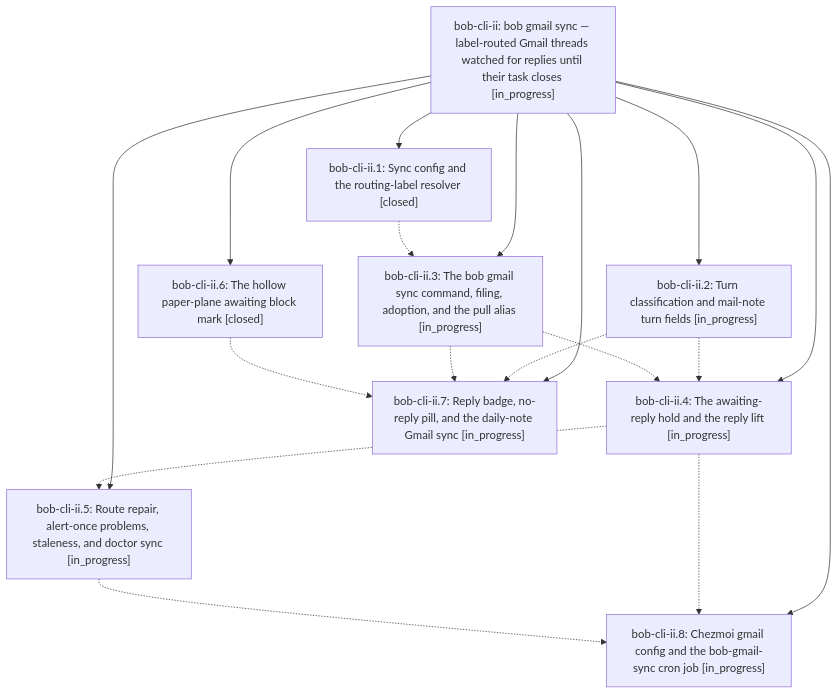
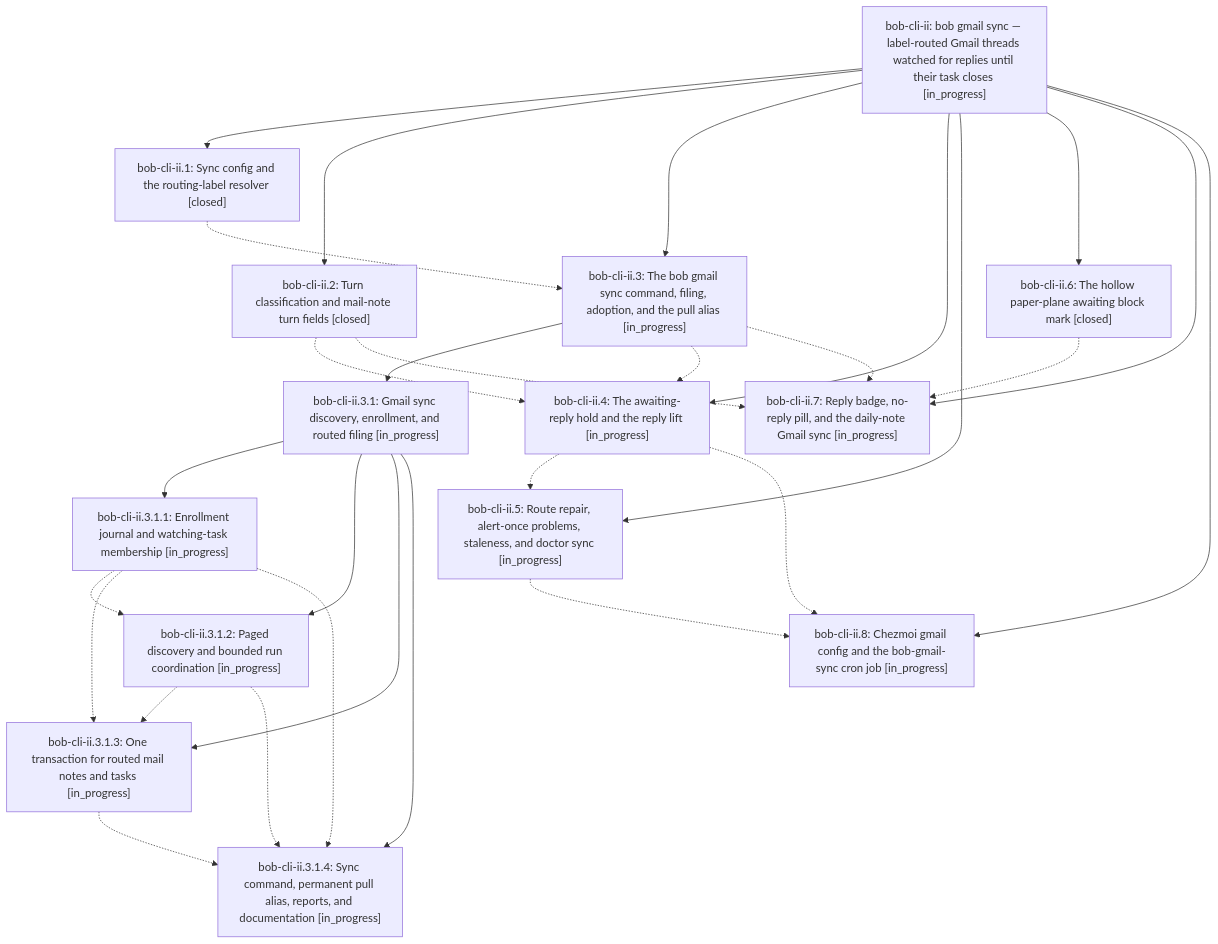
Before and after one commit to bobs-org/bob-cli--beads: the diagram in pages/bob-cli-ii/README.md, drawn with Mermaid. The commit also changed other lines of this file and 10 other files, not shown here.

First line of the commit message:
chore(beads): sync bead state and pages for bob-cli-ii

````diff
--- a/pages/bob-cli-ii/README.md
+++ b/pages/bob-cli-ii/README.md
@@ -43,29 +43,45 @@
 ```mermaid
 flowchart TD
     n0["bob-cli-ii: bob gmail sync — label-routed Gmail threads watched for replies until their task closes [in_progress]"]
     n1["bob-cli-ii.1: Sync config and the routing-label resolver [closed]"]
-    n2["bob-cli-ii.2: Turn classification and mail-note turn fields [in_progress]"]
+    n2["bob-cli-ii.2: Turn classification and mail-note turn fields [closed]"]
     n3["bob-cli-ii.3: The bob gmail sync command, filing, adoption, and the pull alias [in_progress]"]
-    n4["bob-cli-ii.4: The awaiting-reply hold and the reply lift [in_progress]"]
-    n5["bob-cli-ii.5: Route repair, alert-once problems, staleness, and doctor sync [in_progress]"]
-    n6["bob-cli-ii.6: The hollow paper-plane awaiting block mark [closed]"]
-    n7["bob-cli-ii.7: Reply badge, no-reply pill, and the daily-note Gmail sync [in_progress]"]
-    n8["bob-cli-ii.8: Chezmoi gmail config and the bob-gmail-sync cron job [in_progress]"]
+    n4["bob-cli-ii.3.1: Gmail sync discovery, enrollment, and routed filing [in_progress]"]
+    n5["bob-cli-ii.3.1.1: Enrollment journal and watching-task membership [in_progress]"]
+    n6["bob-cli-ii.3.1.2: Paged discovery and bounded run coordination [in_progress]"]
+    n7["bob-cli-ii.3.1.3: One transaction for routed mail notes and tasks [in_progress]"]
+    n8["bob-cli-ii.3.1.4: Sync command, permanent pull alias, reports, and documentation [in_progress]"]
+    n9["bob-cli-ii.4: The awaiting-reply hold and the reply lift [in_progress]"]
+    n10["bob-cli-ii.5: Route repair, alert-once problems, staleness, and doctor sync [in_progress]"]
+    n11["bob-cli-ii.6: The hollow paper-plane awaiting block mark [closed]"]
+    n12["bob-cli-ii.7: Reply badge, no-reply pill, and the daily-note Gmail sync [in_progress]"]
+    n13["bob-cli-ii.8: Chezmoi gmail config and the bob-gmail-sync cron job [in_progress]"]
     n0 --> n1
     n0 --> n2
     n0 --> n3
-    n0 --> n4
-    n0 --> n5
-    n0 --> n6
-    n0 --> n7
-    n0 --> n8
+    n3 --> n4
+    n4 --> n5
+    n4 --> n6
+    n4 --> n7
+    n4 --> n8
+    n0 --> n9
+    n0 --> n10
+    n0 --> n11
+    n0 --> n12
+    n0 --> n13
     n1 -.-> n3
-    n2 -.-> n4
-    n2 -.-> n7
-    n3 -.-> n4
-    n3 -.-> n7
-    n4 -.-> n5
-    n4 -.-> n8
+    n2 -.-> n9
+    n2 -.-> n12
+    n3 -.-> n9
+    n3 -.-> n12
+    n5 -.-> n6
+    n5 -.-> n7
     n5 -.-> n8
     n6 -.-> n7
+    n6 -.-> n8
+    n7 -.-> n8
+    n9 -.-> n10
+    n9 -.-> n13
+    n10 -.-> n13
+    n11 -.-> n12
 ```
````
